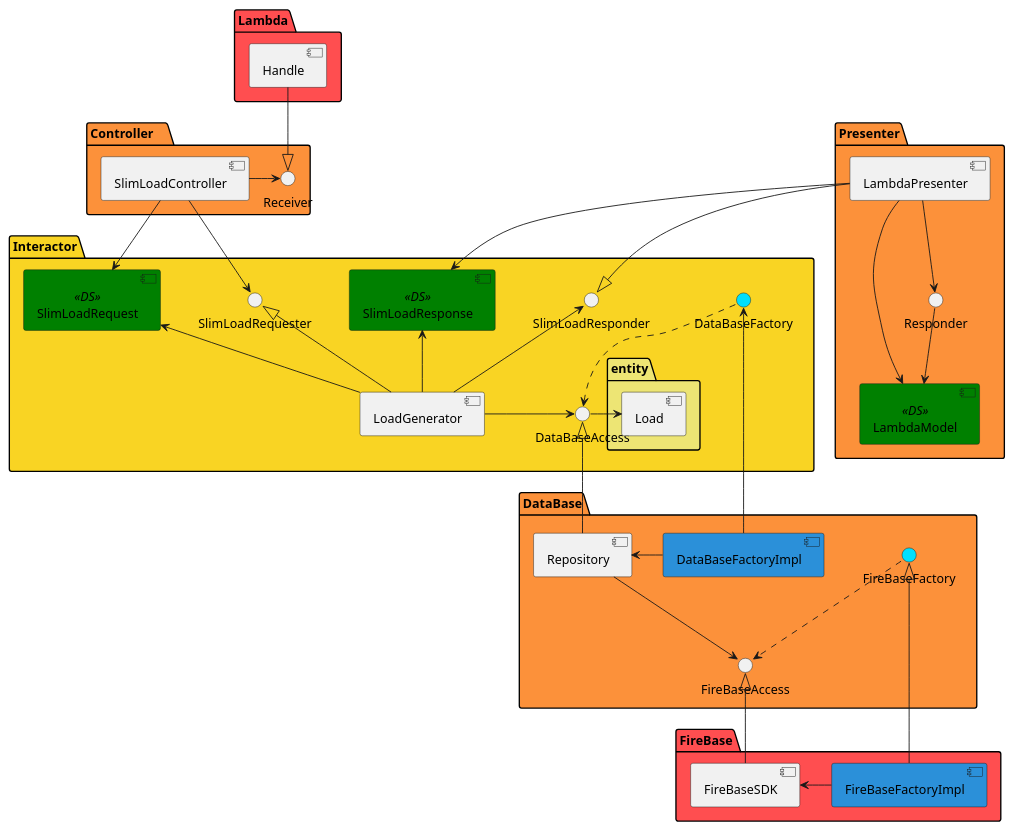
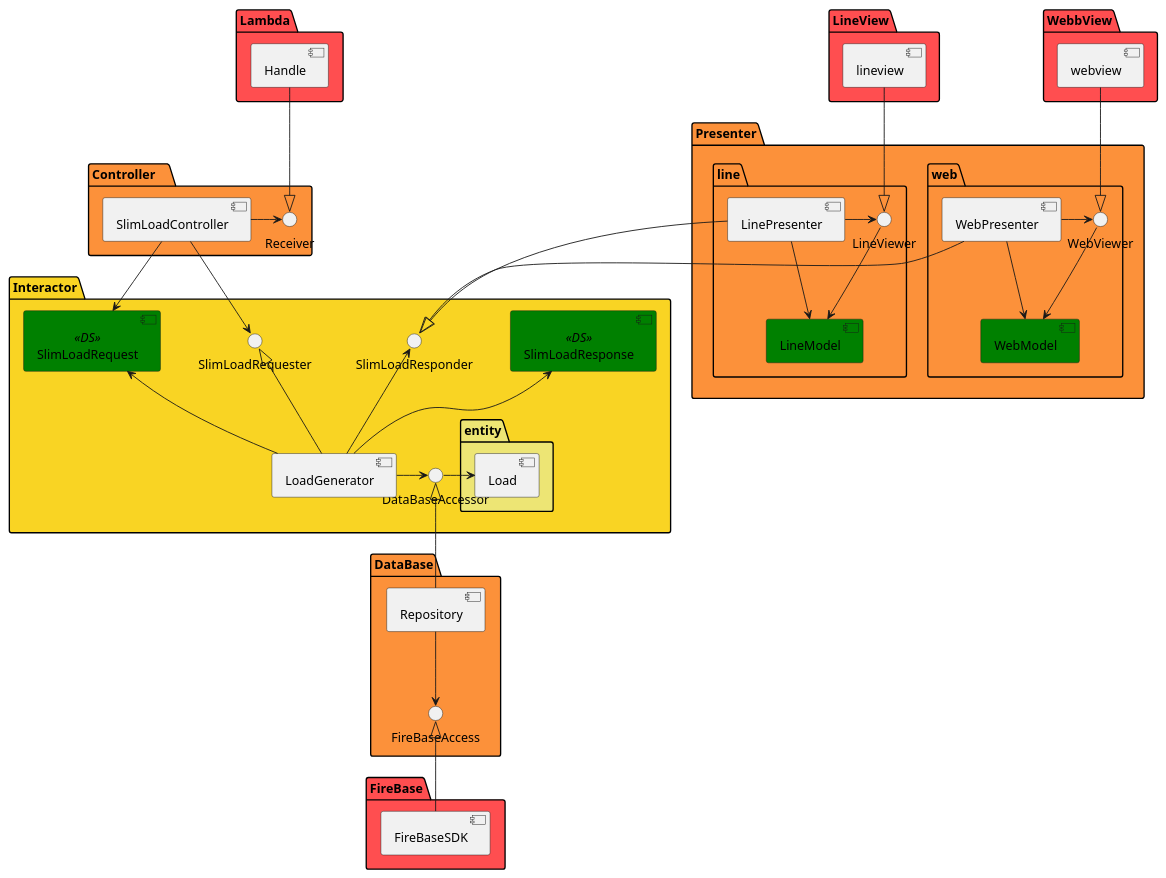
One commit to kutsuzawa/BeSlim changed the diagram in docs/architecuture.puml. Above: the diagram before and after it, drawn with PlantUML. The commit also changed 1 other file, not shown here.

```diff
--- a/docs/architecuture.puml
+++ b/docs/architecuture.puml
@@ -1,81 +1,94 @@
 @startuml
 package Interactor #f9d423{
-    interface DataBaseAccess
+    interface DataBaseAccessor
     component LoadGenerator
     component SlimLoadResponse<<DS>>#Green
     component SlimLoadRequest<<DS>>#Green
     interface SlimLoadRequester
     interface SlimLoadResponder
-    interface DataBaseFactory #00dffc
 
-    LoadGenerator -> DataBaseAccess
+    LoadGenerator -right-> DataBaseAccessor
     LoadGenerator -up-> SlimLoadResponse
     LoadGenerator -up-> SlimLoadRequest
     LoadGenerator -up-> SlimLoadResponder
-    SlimLoadRequester <|-- LoadGenerator
+    SlimLoadRequester <|-down- LoadGenerator
 
     package entity #ede574{
         component Load
     }
-    DataBaseAccess -> Load
-    DataBaseFactory ..> DataBaseAccess
+    DataBaseAccessor -right-> Load
 }
 
 package Controller　#fc913a{
     component SlimLoadController
     interface Receiver
     Receiver <-left- SlimLoadController
 }
 
 package DataBase#fc913a{
     component Repository
     interface FireBaseAccess
-    component DataBaseFactoryImpl #2b90d9
-    interface FireBaseFactory #00dffc
 
-    Repository --> FireBaseAccess
-    DataBaseFactoryImpl -> Repository
-    FireBaseFactory ..> FireBaseAccess
+    Repository -down-> FireBaseAccess
 }
 
 package FireBase#ff4e50{
     component FireBaseSDK
-    component FireBaseFactoryImpl #2b90d9
-    FireBaseFactoryImpl -> FireBaseSDK
 }
 
 package Presenter#fc913a{
-    component LambdaPresenter
-    component LambdaModel<<DS>>#Green
-    interface Responder
+    package web {
+        component WebModel #Green
+        component WebPresenter
+        WebPresenter -down-> WebModel
+        interface WebViewer
+        WebViewer -down-> WebModel
+        WebPresenter -right-> WebViewer
+    }
 
-    LambdaPresenter --> LambdaModel
-    Responder --> LambdaModel
-    LambdaPresenter --> Responder
+    package line {
+        component LineModel #Green
+        component LinePresenter
+        LinePresenter -down-> LineModel
+        interface LineViewer
+        LineViewer -down-> LineModel
+        LinePresenter -right-> LineViewer
+    }
+}
+
+package LineView #ff4e50 {
+    component lineview
+}
+
+package WebbView #ff4e50 {
+    component webview
 }
 
 package Lambda #ff4e50 {
    component Handle
 
 }
 
 ' Controller => Interactor
 SlimLoadController -down-> SlimLoadRequest
 SlimLoadController -down-> SlimLoadRequester
 
 ' Presenter => Interactor
-LambdaPresenter -down-|> SlimLoadResponder
-LambdaPresenter -down-> SlimLoadResponse
+LinePresenter -down-|> SlimLoadResponder
+WebPresenter -down-|> SlimLoadResponder
+
 
 ' DataBase => Interactor
-Repository -up-|> DataBaseAccess
-DataBaseFactoryImpl -up-> DataBaseFactory
+Repository -up-|> DataBaseAccessor
 
 ' Lambda => Presenter/Controller
 Handle -down-|> Receiver
 
 ' FireBase => DataBase
 FireBaseSDK -up-|> FireBaseAccess
-FireBaseFactoryImpl -up-|> FireBaseFactory
+
+' Presenter => View
+lineview -down-|> LineViewer
+webview -down-|> WebViewer
 
 @enduml
```
